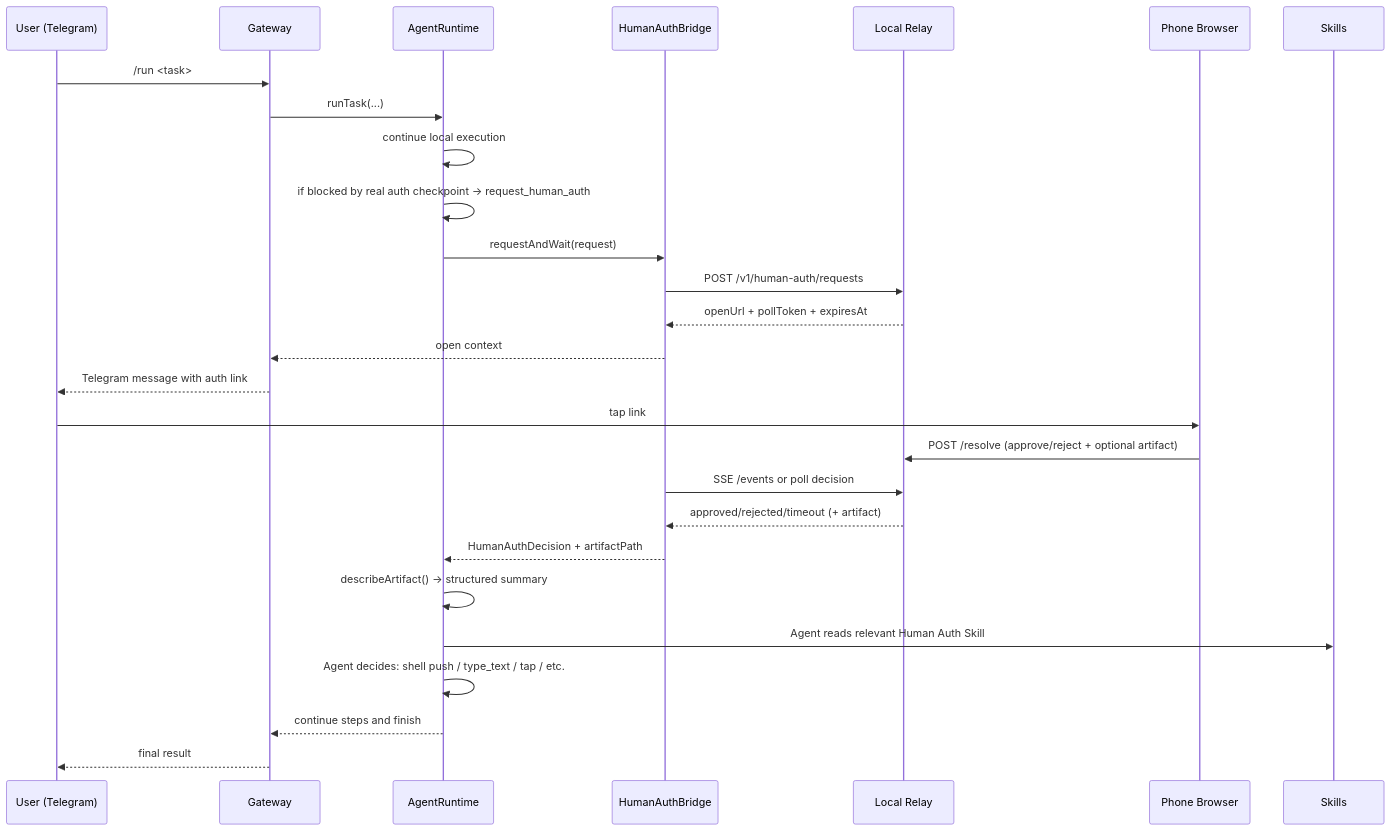
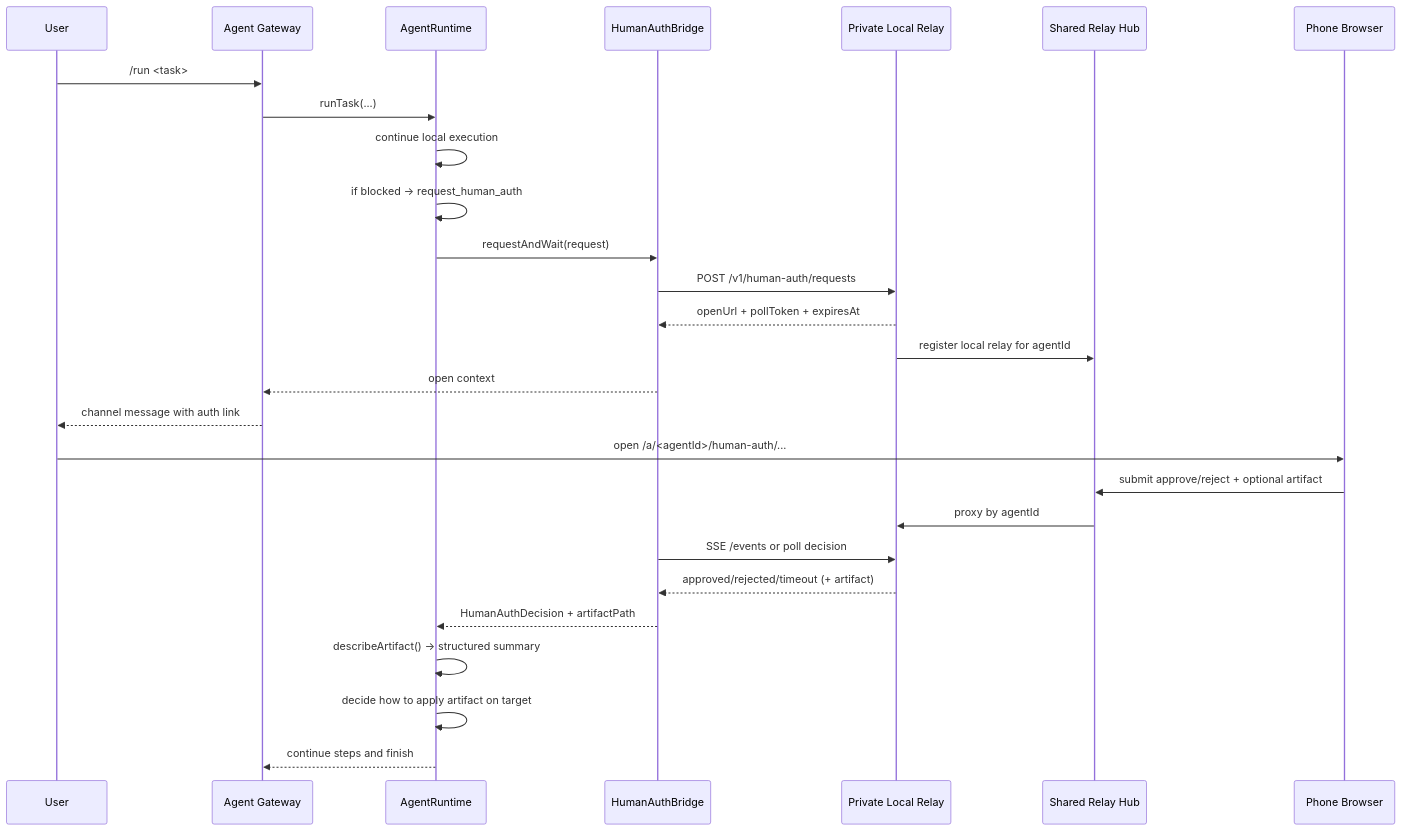
The second of 2 diagrams in frontend/concepts/remote-human-authorization.md (pockebot/openpocket), drawn with Mermaid before and after one commit. The commit also changed other lines of this file and 18 other files, not shown here.

````diff
--- a/frontend/concepts/remote-human-authorization.md
+++ b/frontend/concepts/remote-human-authorization.md
@@ -91,30 +94,30 @@
 ```mermaid
 sequenceDiagram
-  participant U as User (Telegram)
-  participant G as Gateway
+  participant U as User
+  participant G as Agent Gateway
   participant A as AgentRuntime
   participant B as HumanAuthBridge
-  participant R as Local Relay
+  participant L as Private Local Relay
+  participant H as Shared Relay Hub
   participant P as Phone Browser
-  participant SK as Skills
 
   U->>G: /run <task>
   G->>A: runTask(...)
   A->>A: continue local execution
-  A->>A: if blocked by real auth checkpoint -> request_human_auth
+  A->>A: if blocked -> request_human_auth
   A->>B: requestAndWait(request)
-  B->>R: POST /v1/human-auth/requests
-  R-->>B: openUrl + pollToken + expiresAt
+  B->>L: POST /v1/human-auth/requests
+  L-->>B: openUrl + pollToken + expiresAt
+  L->>H: register local relay for agentId
   B-->>G: open context
-  G-->>U: Telegram message with auth link
-  U->>P: tap link
-  P->>R: POST /resolve (approve/reject + optional artifact)
-  B->>R: SSE /events or poll decision
-  R-->>B: approved/rejected/timeout (+ artifact)
+  G-->>U: channel message with auth link
+  U->>P: open /a/<agentId>/human-auth/...
+  P->>H: submit approve/reject + optional artifact
+  H->>L: proxy by agentId
+  B->>L: SSE /events or poll decision
+  L-->>B: approved/rejected/timeout (+ artifact)
   B-->>A: HumanAuthDecision + artifactPath
-  A->>A: describeArtifact() → structured summary
-  A->>SK: Agent reads relevant Human Auth Skill
-  A->>A: Agent decides: shell push / type_text / tap / etc.
+  A->>A: describeArtifact() -> structured summary
+  A->>A: decide how to apply artifact on target
   A-->>G: continue steps and finish
-  G-->>U: final result
 ```
````
